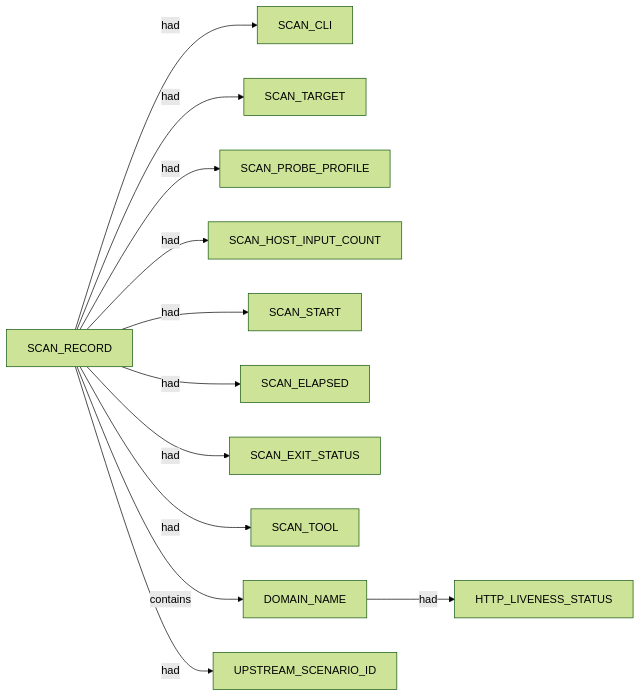
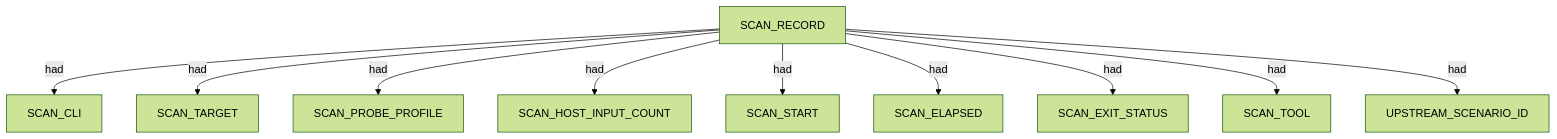
The first of 11 diagrams in .docs/docs-for-cli-tools/nugget_structure/httpx_from_subfinder_invalid_clean_miss_proposed_nuggets_edges_description.md (brettforbes/spiderfeet), drawn with Mermaid (forest theme) before and after one commit. The commit also changed other lines of this file and 67 other files, not shown here.

````diff
--- a/.docs/docs-for-cli-tools/nugget_structure/httpx_from_subfinder_invalid_clean_miss_proposed_nuggets_edges_description.md
+++ b/.docs/docs-for-cli-tools/nugget_structure/httpx_from_subfinder_invalid_clean_miss_proposed_nuggets_edges_description.md
@@ -13,14 +13,22 @@
 ```mermaid
-flowchart LR
-  SCAN_RECORD -->|had| SCAN_CLI
-  SCAN_RECORD -->|had| SCAN_TARGET
-  SCAN_RECORD -->|had| SCAN_PROBE_PROFILE
-  SCAN_RECORD -->|had| SCAN_HOST_INPUT_COUNT
-  SCAN_RECORD -->|had| SCAN_START
-  SCAN_RECORD -->|had| SCAN_ELAPSED
-  SCAN_RECORD -->|had| SCAN_EXIT_STATUS
-  SCAN_RECORD -->|had| SCAN_TOOL
-  SCAN_RECORD -->|contains| DOMAIN_NAME
-  SCAN_RECORD -->|had| UPSTREAM_SCENARIO_ID
-  DOMAIN_NAME -->|had| HTTP_LIVENESS_STATUS
+flowchart TD
+  scan_record_1["SCAN_RECORD"]
+  scan_cli_2["SCAN_CLI"]
+  scan_record_1 -->|had| scan_cli_2
+  scan_target_3["SCAN_TARGET"]
+  scan_record_1 -->|had| scan_target_3
+  scan_probe_profile_4["SCAN_PROBE_PROFILE"]
+  scan_record_1 -->|had| scan_probe_profile_4
+  scan_host_input_count_5["SCAN_HOST_INPUT_COUNT"]
+  scan_record_1 -->|had| scan_host_input_count_5
+  scan_start_6["SCAN_START"]
+  scan_record_1 -->|had| scan_start_6
+  scan_elapsed_7["SCAN_ELAPSED"]
+  scan_record_1 -->|had| scan_elapsed_7
+  scan_exit_status_8["SCAN_EXIT_STATUS"]
+  scan_record_1 -->|had| scan_exit_status_8
+  scan_tool_9["SCAN_TOOL"]
+  scan_record_1 -->|had| scan_tool_9
+  upstream_scenario_id_10["UPSTREAM_SCENARIO_ID"]
+  scan_record_1 -->|had| upstream_scenario_id_10
 ```
````
